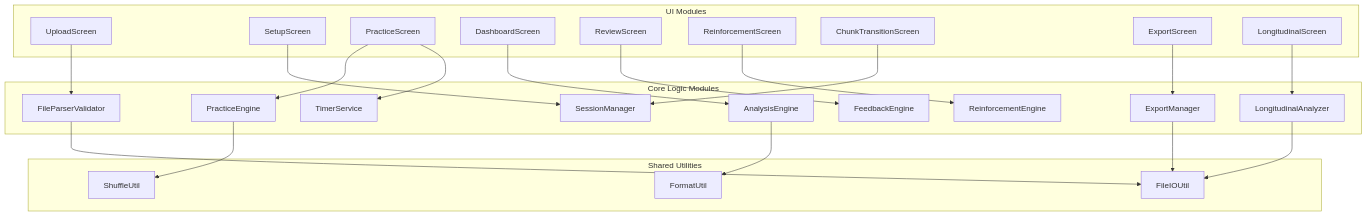
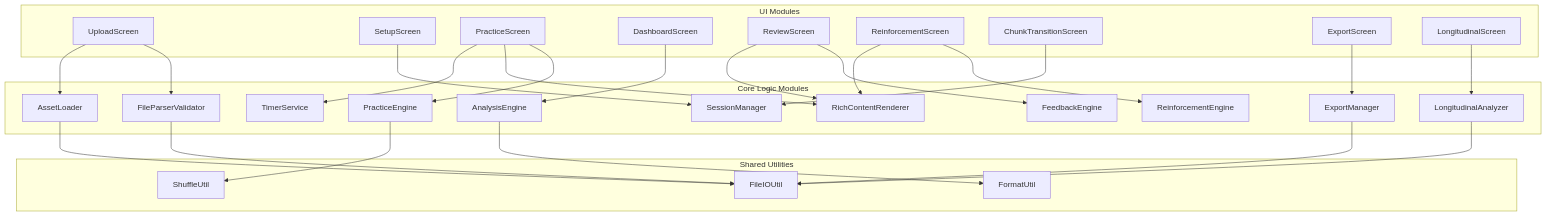
Before and after one commit to jaynote001/MCQTool: the first of 3 diagrams in 3_Architecture/4_Component_Architecture.md, drawn with Mermaid. The commit also changed other lines of this file and 3 other files, not shown here.

Commit message:
Update Architecture Diagrams

````diff
--- a/3_Architecture/4_Component_Architecture.md
+++ b/3_Architecture/4_Component_Architecture.md
@@ -9,49 +9,56 @@
 ```mermaid
 graph TB
     subgraph UI_MODULES["UI Modules"]
         UM_UPS[UploadScreen]
         UM_SES[SetupScreen]
         UM_PRC[PracticeScreen]
         UM_DAS[DashboardScreen]
         UM_REV[ReviewScreen]
         UM_RNF[ReinforcementScreen]
         UM_CHK[ChunkTransitionScreen]
         UM_EXP[ExportScreen]
         UM_LNG[LongitudinalScreen]
     end
 
     subgraph CORE_MODULES["Core Logic Modules"]
         CM_FPV[FileParserValidator]
+        CM_ASL[AssetLoader]
         CM_SMG[SessionManager]
         CM_PEN[PracticeEngine]
         CM_AEN[AnalysisEngine]
         CM_FEN[FeedbackEngine]
         CM_REN[ReinforcementEngine]
+        CM_RCR[RichContentRenderer]
         CM_EXM[ExportManager]
         CM_LAN[LongitudinalAnalyzer]
         CM_TMR[TimerService]
     end
 
     subgraph SHARED["Shared Utilities"]
         SH_SC[ShuffleUtil]
         SH_FIO[FileIOUtil]
         SH_FMT[FormatUtil]
     end
 
     UM_UPS --> CM_FPV
+    UM_UPS --> CM_ASL
     UM_SES --> CM_SMG
     UM_PRC --> CM_PEN
+    UM_PRC --> CM_RCR
     UM_PRC --> CM_TMR
     UM_DAS --> CM_AEN
     UM_REV --> CM_FEN
+    UM_REV --> CM_RCR
     UM_RNF --> CM_REN
+    UM_RNF --> CM_RCR
     UM_CHK --> CM_SMG
     UM_EXP --> CM_EXM
     UM_LNG --> CM_LAN
 
     CM_PEN --> SH_SC
     CM_FPV --> SH_FIO
+    CM_ASL --> SH_FIO
     CM_EXM --> SH_FIO
     CM_LAN --> SH_FIO
     CM_AEN --> SH_FMT
 ```
````
